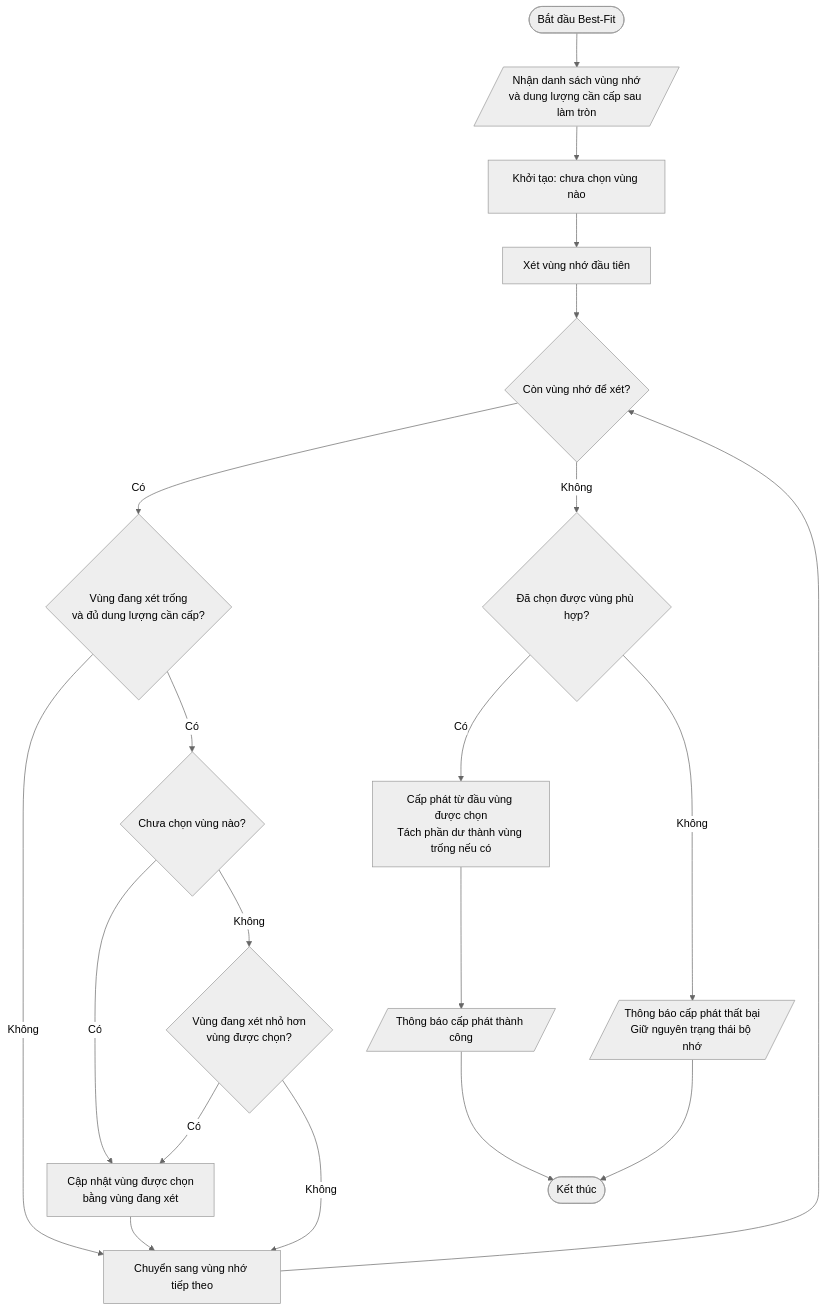
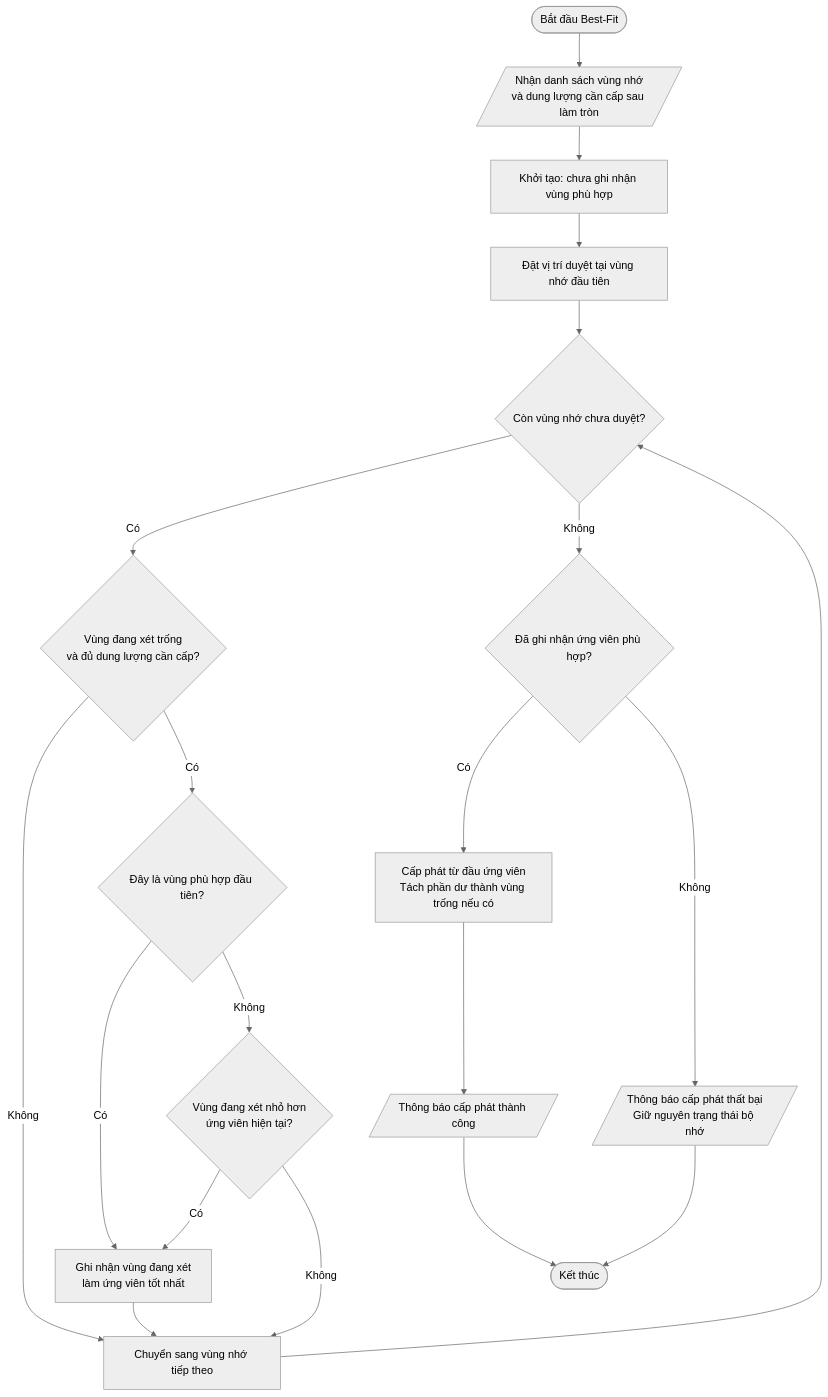
Before and after one commit to GiaHung305/OS_MEM_11_Nhom03: the third of 4 diagrams in report/spec.md, drawn with Mermaid (neutral theme). The commit also changed other lines of this file, not shown here.

Commit message:
Clarify allocation flowcharts

````diff
--- a/report/spec.md
+++ b/report/spec.md
@@ -236,23 +236,23 @@
 ```mermaid
 flowchart TD
     BF_START([Bắt đầu Best-Fit])
     BF_START --> BF_INPUT[/"Nhận danh sách vùng nhớ<br/>và dung lượng cần cấp sau làm tròn"/]
-    BF_INPUT --> BF_INIT["Khởi tạo: chưa chọn vùng nào"]
-    BF_INIT --> BF_FIRST["Xét vùng nhớ đầu tiên"]
-    BF_FIRST --> BF_MORE{"Còn vùng nhớ để xét?"}
+    BF_INPUT --> BF_INIT["Khởi tạo: chưa ghi nhận vùng phù hợp"]
+    BF_INIT --> BF_FIRST["Đặt vị trí duyệt tại vùng nhớ đầu tiên"]
+    BF_FIRST --> BF_MORE{"Còn vùng nhớ chưa duyệt?"}
     BF_MORE -->|Có| BF_FITS{"Vùng đang xét trống<br/>và đủ dung lượng cần cấp?"}
     BF_FITS -->|Không| BF_NEXT["Chuyển sang vùng nhớ tiếp theo"]
-    BF_FITS -->|Có| BF_EMPTY{"Chưa chọn vùng nào?"}
-    BF_EMPTY -->|Có| BF_SELECT["Cập nhật vùng được chọn<br/>bằng vùng đang xét"]
-    BF_EMPTY -->|Không| BF_BETTER{"Vùng đang xét nhỏ hơn<br/>vùng được chọn?"}
+    BF_FITS -->|Có| BF_EMPTY{"Đây là vùng phù hợp đầu tiên?"}
+    BF_EMPTY -->|Có| BF_SELECT["Ghi nhận vùng đang xét<br/>làm ứng viên tốt nhất"]
+    BF_EMPTY -->|Không| BF_BETTER{"Vùng đang xét nhỏ hơn<br/>ứng viên hiện tại?"}
     BF_BETTER -->|Có| BF_SELECT
     BF_BETTER -->|Không| BF_NEXT
     BF_SELECT --> BF_NEXT
     BF_NEXT --> BF_MORE
-    BF_MORE -->|Không| BF_FOUND{"Đã chọn được vùng phù hợp?"}
-    BF_FOUND -->|Có| BF_ALLOC["Cấp phát từ đầu vùng được chọn<br/>Tách phần dư thành vùng trống nếu có"]
+    BF_MORE -->|Không| BF_FOUND{"Đã ghi nhận ứng viên phù hợp?"}
+    BF_FOUND -->|Có| BF_ALLOC["Cấp phát từ đầu ứng viên<br/>Tách phần dư thành vùng trống nếu có"]
     BF_ALLOC --> BF_SUCCESS[/"Thông báo cấp phát thành công"/]
     BF_FOUND -->|Không| BF_FAIL[/"Thông báo cấp phát thất bại<br/>Giữ nguyên trạng thái bộ nhớ"/]
     BF_SUCCESS --> BF_END([Kết thúc])
     BF_FAIL --> BF_END
 ```
````
